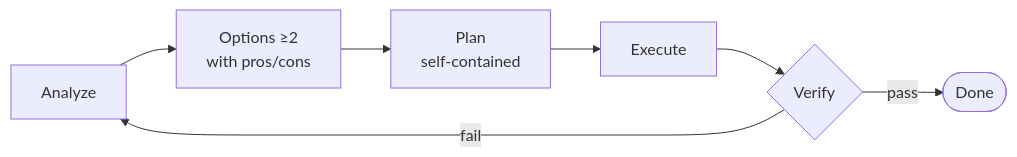
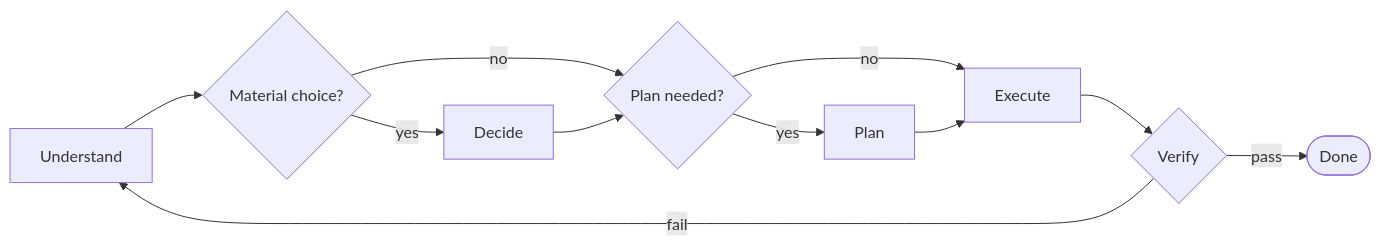
Before and after one commit to MugenKaizen/Hekate: the first of 2 diagrams in README.md, drawn with Mermaid. The commit also changed other lines of this file and 172 other files, not shown here.

````diff
--- a/README.md
+++ b/README.md
@@ -24,9 +25,13 @@
   ```mermaid
   flowchart LR
-      A[Analyze] --> O[Options ≥2<br/>with pros/cons]
-      O --> P[Plan<br/>self-contained]
-      P --> E[Execute]
+      U[Understand] --> D{Material choice?}
+      D -- yes --> C[Decide]
+      D -- no --> P{Plan needed?}
+      C --> P
+      P -- yes --> WP[Plan]
+      P -- no --> E[Execute]
+      WP --> E
       E --> V{Verify}
-      V -- pass --> D([Done])
-      V -- fail --> A
+      V -- pass --> DONE([Done])
+      V -- fail --> U
   ```
````
